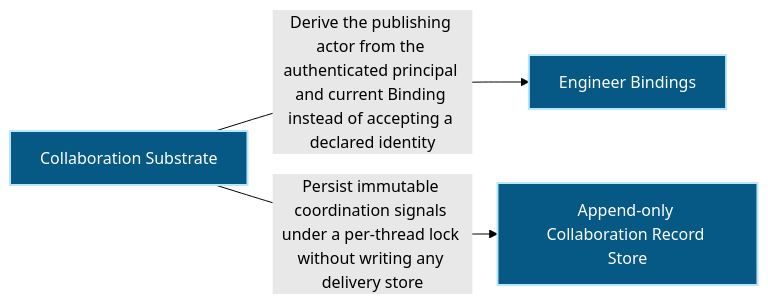
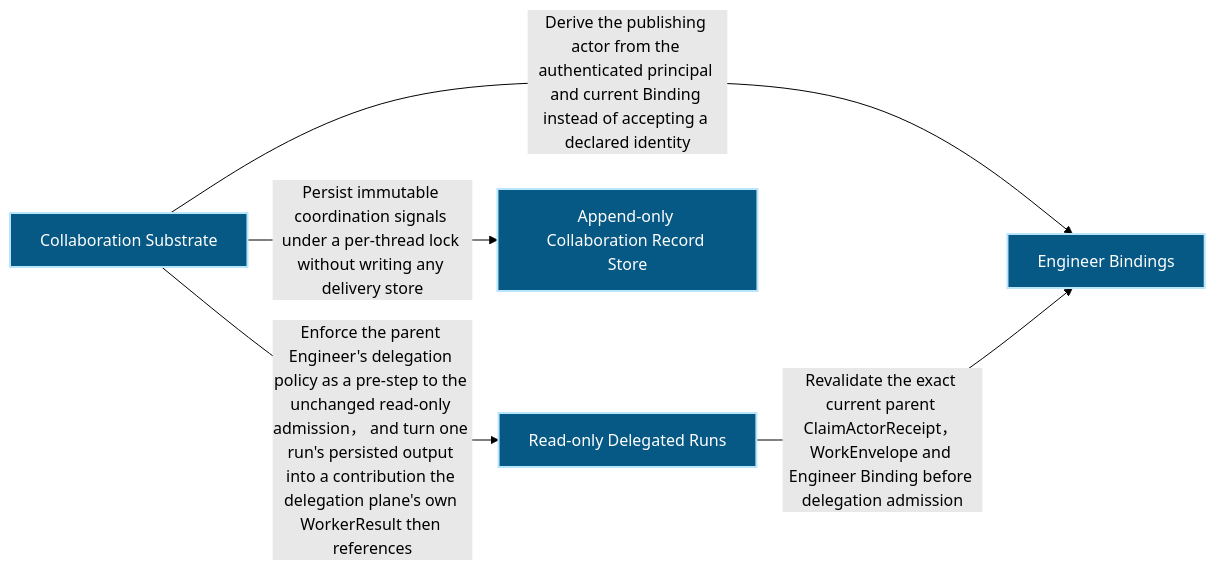
The first of 4 diagrams in docs/architecture/modules/runtime-harness/collaboration.md (Ancienttwo/repo-harness), drawn with Mermaid (forest theme) before and after one commit. The commit also changed other lines of this file and 47 other files, not shown here.

Commit message:
feat(collaboration): delegated worker contribution adapter and admission bridge (#226)

````diff
--- a/docs/architecture/modules/runtime-harness/collaboration.md
+++ b/docs/architecture/modules/runtime-harness/collaboration.md
@@ -16,12 +16,15 @@
 ```mermaid
 flowchart LR
   p1_capability_runtime_harness_collaboration_5265febf["Collaboration Substrate"]:::component
+  p1_capability_runtime_harness_delegated_runs_e1654b07["Read-only Delegated Runs"]:::component
   p1_capability_runtime_harness_engineer_bindings_34c00f72["Engineer Bindings"]:::component
   p1_component_collaboration_primary_9383ae07["Append-only Collaboration Record Store"]:::component
+  p1_capability_runtime_harness_collaboration_5265febf -->|"Enforce the parent Engineer's delegation policy as a pre-step to the unchanged read-only admission， and turn one run's persisted output into a contribution the delegation plane's own WorkerResult then references"| p1_capability_runtime_harness_delegated_runs_e1654b07
   p1_capability_runtime_harness_collaboration_5265febf -->|"Derive the publishing actor from the authenticated principal and current Binding instead of accepting a declared identity"| p1_capability_runtime_harness_engineer_bindings_34c00f72
   p1_capability_runtime_harness_collaboration_5265febf -->|"Persist immutable coordination signals under a per-thread lock without writing any delivery store"| p1_component_collaboration_primary_9383ae07
+  p1_capability_runtime_harness_delegated_runs_e1654b07 -->|"Revalidate the exact current parent ClaimActorReceipt， WorkEnvelope and Engineer Binding before delegation admission"| p1_capability_runtime_harness_engineer_bindings_34c00f72
   classDef actor fill:#111827,color:#ffffff,stroke:#f9fafb,stroke-width:2px
   classDef component fill:#075985,color:#ffffff,stroke:#bae6fd,stroke-width:2px
   classDef datastore fill:#3f6212,color:#ffffff,stroke:#d9f99d,stroke-width:2px
   classDef external fill:#7c2d12,color:#ffffff,stroke:#fed7aa,stroke-width:2px
 ```
````
